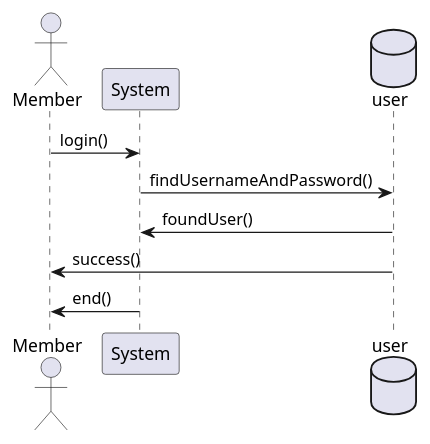
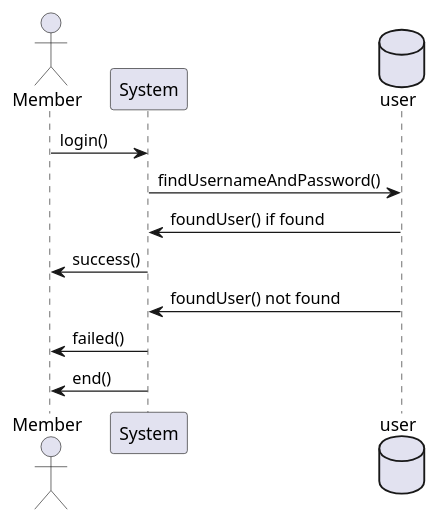
Before and after one commit to hyvercode/spring-days: the diagram in uml/Login.puml, drawn with PlantUML.

Commit message:
Login Sequence

```diff
--- a/uml/Login.puml
+++ b/uml/Login.puml
@@ -1,12 +1,14 @@
 @startuml
 actor Member
 participant System
 database user
 
 Member -> System : login()
 System -> user : findUsernameAndPassword()
-user -> System : foundUser()
-user -> Member : success()
+user -> System : foundUser() if found
+System -> Member : success()
+user -> System : foundUser() not found
+System -> Member : failed()
 System -> Member : end()
 
 @enduml
```
